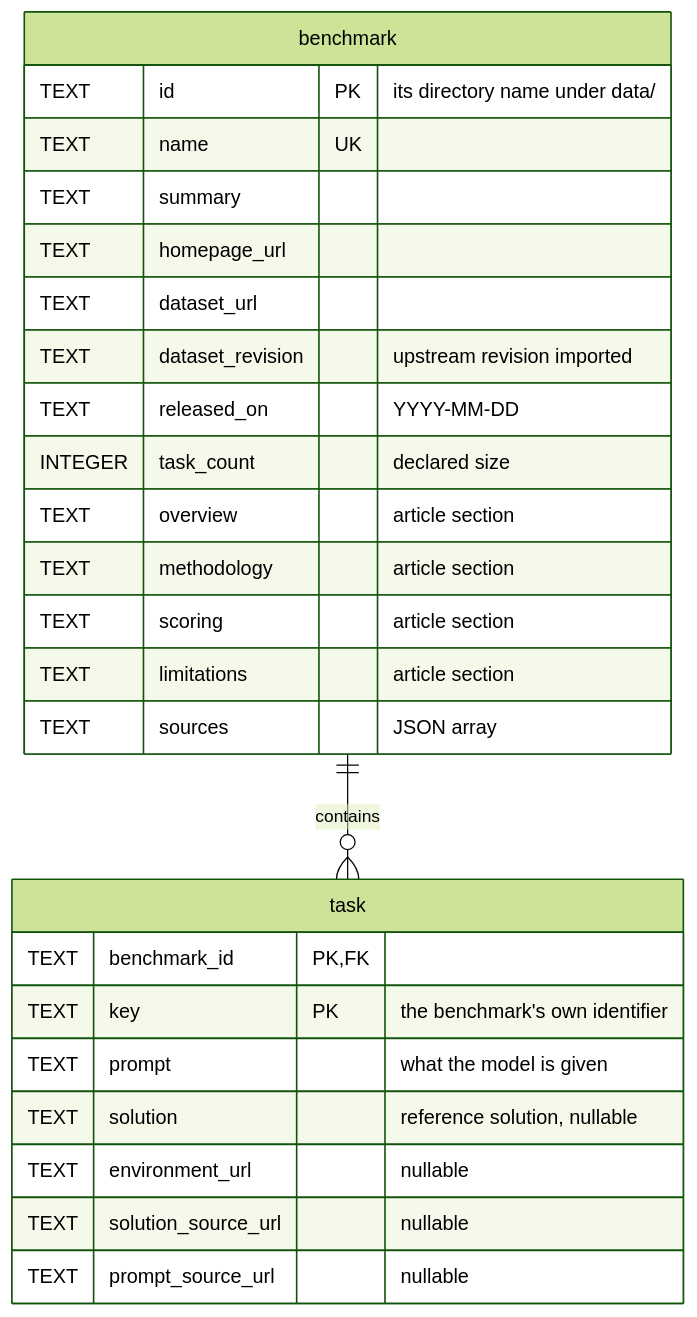
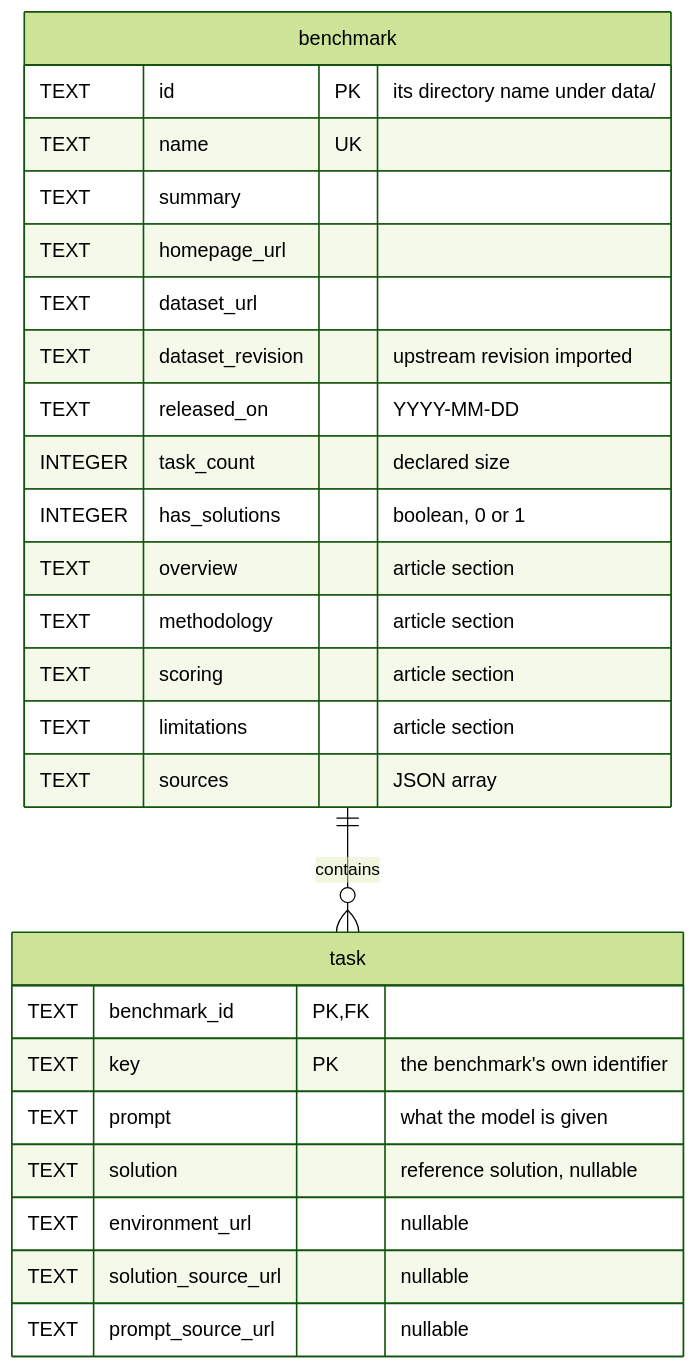
The diagram in README.md (khooeee/benchopedia), drawn with Mermaid (forest theme) before and after one commit. The commit also changed 13 other files, not shown here.

````diff
--- a/README.md
+++ b/README.md
@@ -25,29 +25,30 @@
 ```mermaid
 erDiagram
     benchmark ||--o{ task : contains
 
     benchmark {
         TEXT id PK "its directory name under data/"
         TEXT name UK
         TEXT summary
         TEXT homepage_url
         TEXT dataset_url
         TEXT dataset_revision "upstream revision imported"
         TEXT released_on "YYYY-MM-DD"
         INTEGER task_count "declared size"
+        INTEGER has_solutions "boolean, 0 or 1"
         TEXT overview "article section"
         TEXT methodology "article section"
         TEXT scoring "article section"
         TEXT limitations "article section"
         TEXT sources "JSON array"
     }
     task {
         TEXT benchmark_id PK, FK
         TEXT key PK "the benchmark's own identifier"
         TEXT prompt "what the model is given"
         TEXT solution "reference solution, nullable"
         TEXT environment_url "nullable"
         TEXT solution_source_url "nullable"
         TEXT prompt_source_url "nullable"
     }
 ```
````
